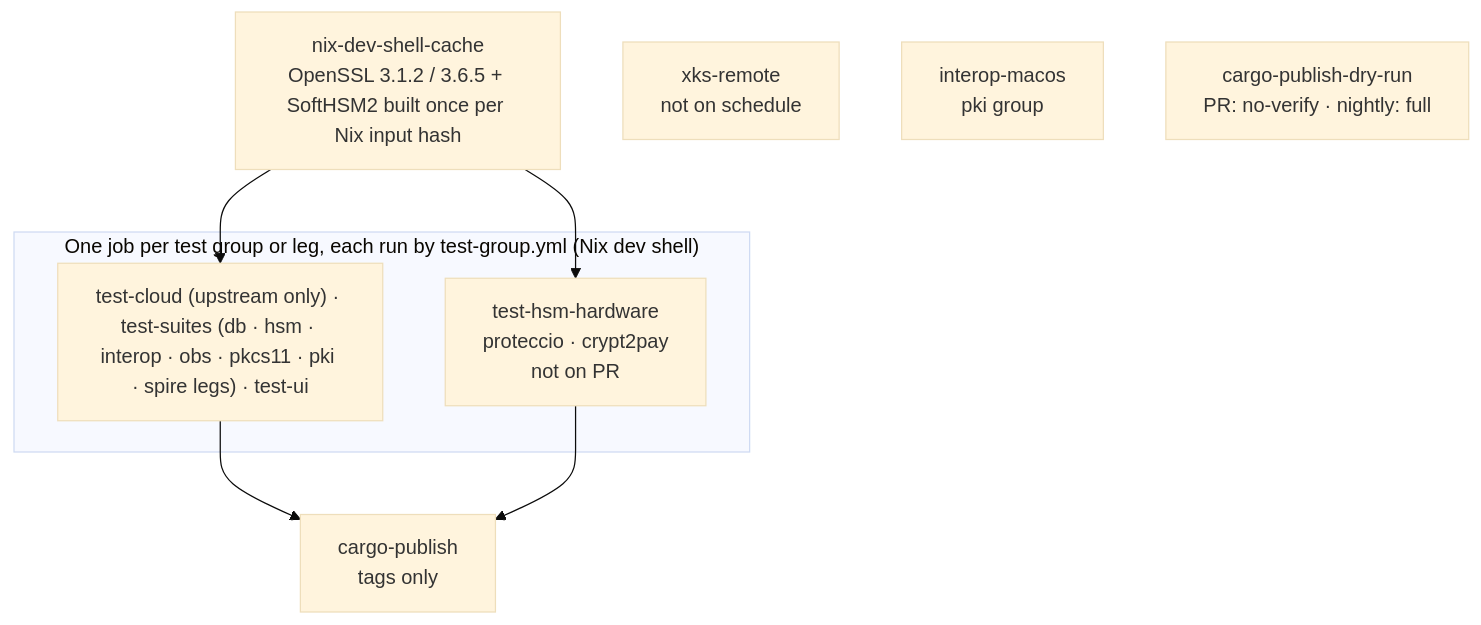
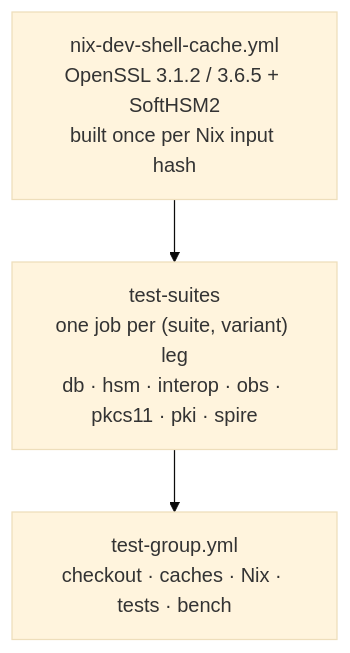
The third of 3 diagrams in .github/workflows/README_main.md (Cosmian/kms), drawn with Mermaid (base theme) before and after one commit. The commit also changed other lines of this file and 28 other files, not shown here.

First line of the commit message:
ci: one workflow per single-job unit with path filters, so PRs list no skipped rows

````diff
--- a/.github/workflows/README_main.md
+++ b/.github/workflows/README_main.md
@@ -59,14 +82,8 @@
 ```mermaid
 flowchart TB
-    Cache["nix-dev-shell-cache<br/>OpenSSL 3.1.2 / 3.6.5 + SoftHSM2 built once per Nix input hash"]
-    subgraph NixJobs["One job per test group or leg, each run by test-group.yml (Nix dev shell)"]
-        Groups["test-cloud (upstream only) · test-suites (db · hsm · interop · obs · pkcs11 · pki · spire legs) · test-ui"]
-        Hsm["test-hsm-hardware<br/>proteccio · crypt2pay<br/>not on PR"]
-    end
-    Cache --> Groups & Hsm
-    Xks["xks-remote<br/>not on schedule"]
-    Mac["interop-macos<br/>pki group"]
-    DryRun["cargo-publish-dry-run<br/>PR: no-verify · nightly: full"]
-    Publish["cargo-publish<br/>tags only"]
-    Groups & Hsm --> Publish
+    Cache["nix-dev-shell-cache.yml<br/>OpenSSL 3.1.2 / 3.6.5 + SoftHSM2<br/>built once per Nix input hash"]
+    Suites["test-suites<br/>one job per (suite, variant) leg<br/>db · hsm · interop · obs · pkcs11 · pki · spire"]
+    Group["test-group.yml<br/>checkout · caches · Nix · tests · bench"]
+    Cache --> Suites
+    Suites --> Group
 ```
````
